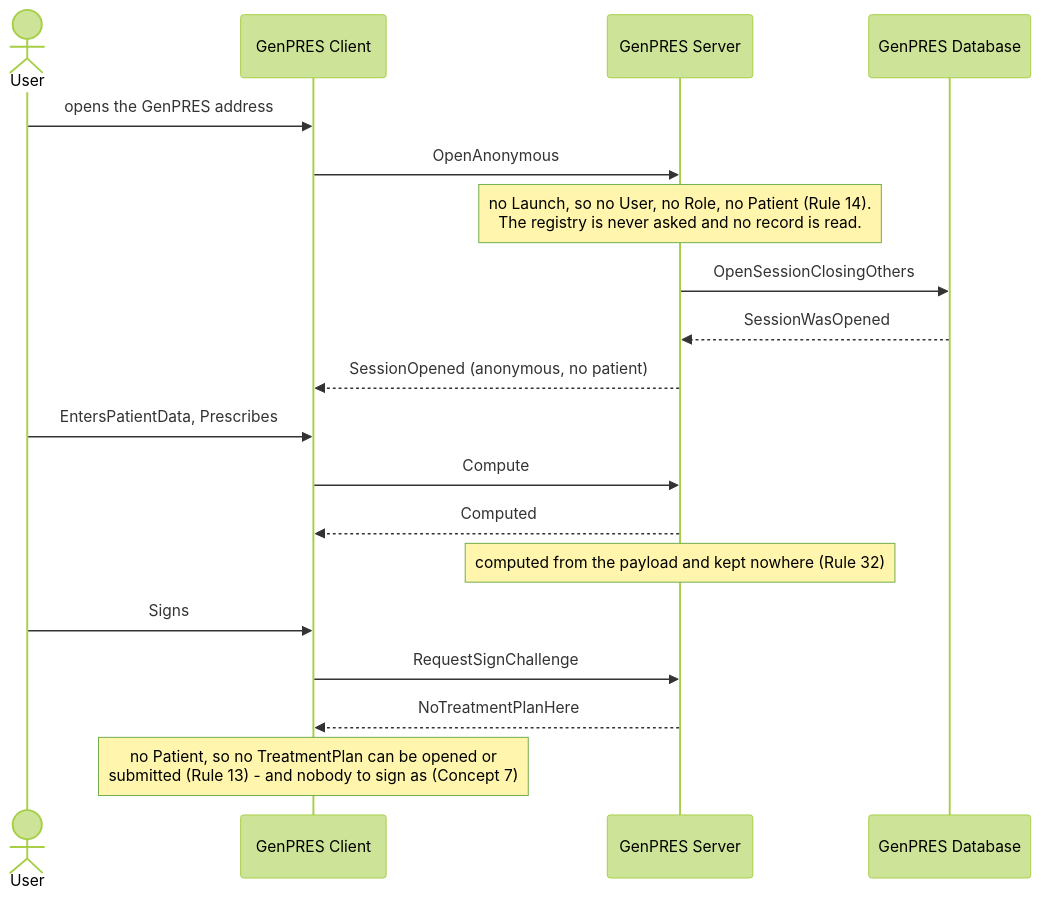
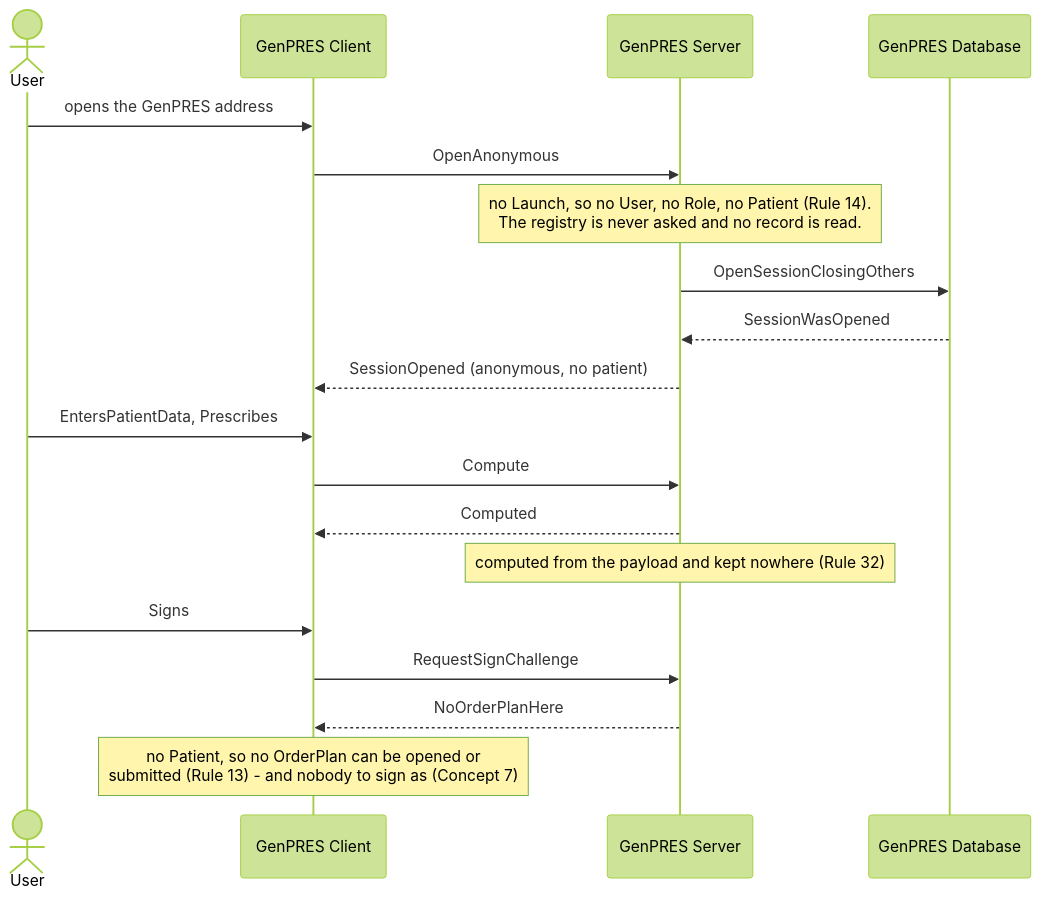
The diagram in docs/scenarios/integration/uc-07-direct-open.md (informedica/GenPRES), drawn with Mermaid (forest theme) before and after one commit. The commit also changed 11 other files, not shown here.

First line of the commit message:
docs: call the integration design's TreatmentPlan OrderPlan

````diff
--- a/docs/scenarios/integration/uc-07-direct-open.md
+++ b/docs/scenarios/integration/uc-07-direct-open.md
@@ -9,24 +9,24 @@
 ```mermaid
 sequenceDiagram
     actor U as User
     participant C as GenPRES Client
     participant S as GenPRES Server
     participant D as GenPRES Database
 
     U->>C: opens the GenPRES address
     C->>S: OpenAnonymous
     Note over S: no Launch, so no User, no Role, no Patient (Rule 14).<br/>The registry is never asked and no record is read.
     S->>D: OpenSessionClosingOthers
     D-->>S: SessionWasOpened
     S-->>C: SessionOpened (anonymous, no patient)
 
     U->>C: EntersPatientData, Prescribes
     C->>S: Compute
     S-->>C: Computed
     Note over S: computed from the payload and kept nowhere (Rule 32)
 
     U->>C: Signs
     C->>S: RequestSignChallenge
-    S-->>C: NoTreatmentPlanHere
-    Note over C: no Patient, so no TreatmentPlan can be opened or<br/>submitted (Rule 13) - and nobody to sign as (Concept 7)
+    S-->>C: NoOrderPlanHere
+    Note over C: no Patient, so no OrderPlan can be opened or<br/>submitted (Rule 13) - and nobody to sign as (Concept 7)
 ```
````
